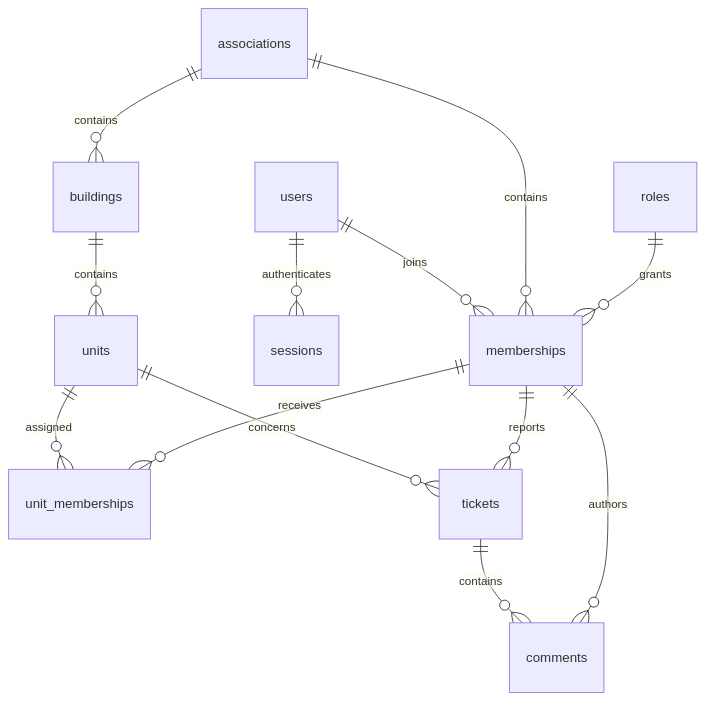
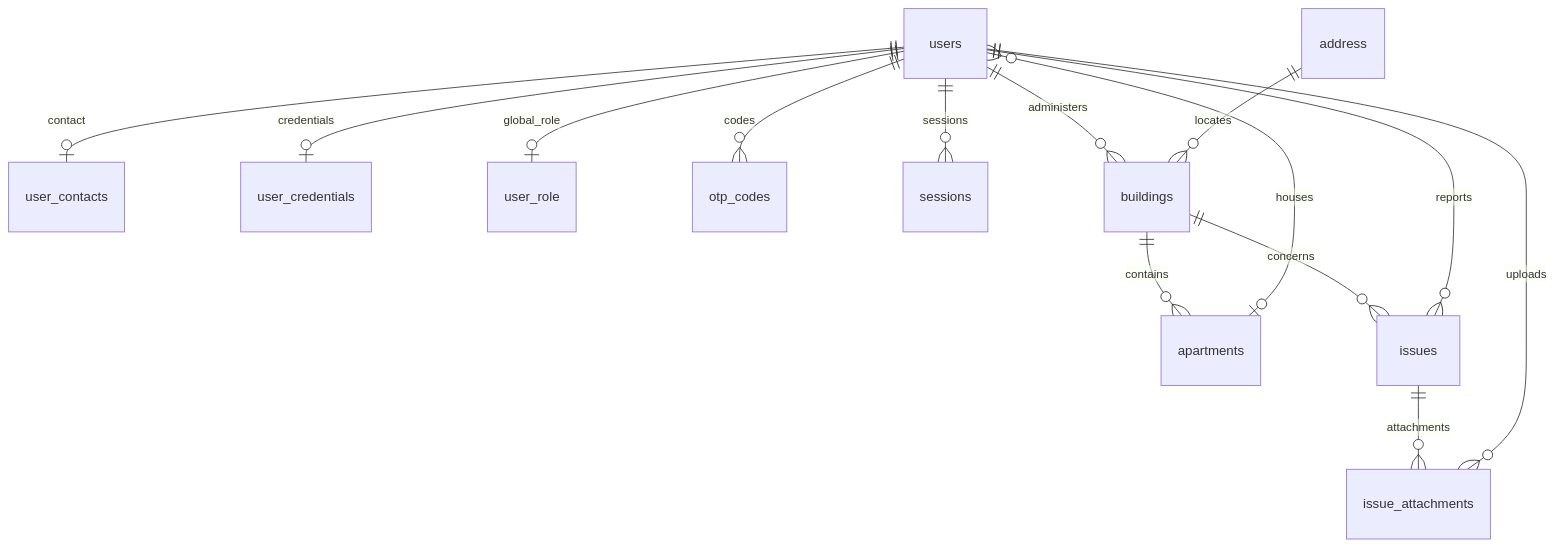
Before and after one commit to yoda-dinmd/Locatarius: the diagram in docs/data-model.md, drawn with Mermaid. The commit also changed other lines of this file and 3 other files, not shown here.

Commit message:
docs(db): align database reference and record schema verification #89

````diff
--- a/docs/data-model.md
+++ b/docs/data-model.md
@@ -20,15 +31,16 @@
 ```mermaid
 erDiagram
-    users ||--o{ memberships : joins
-    associations ||--o{ memberships : contains
-    roles ||--o{ memberships : grants
-    users ||--o{ sessions : authenticates
-    associations ||--o{ buildings : contains
-    buildings ||--o{ units : contains
-    units ||--o{ unit_memberships : assigned
-    memberships ||--o{ unit_memberships : receives
-    units ||--o{ tickets : concerns
-    memberships ||--o{ tickets : reports
-    tickets ||--o{ comments : contains
-    memberships ||--o{ comments : authors
+    users ||--o| user_contacts : contact
+    users ||--o| user_credentials : credentials
+    users ||--o| user_role : global_role
+    users ||--o{ otp_codes : codes
+    users ||--o{ sessions : sessions
+    users ||--o{ buildings : administers
+    address ||--o{ buildings : locates
+    buildings ||--o{ apartments : contains
+    apartments o|--o{ users : houses
+    buildings ||--o{ issues : concerns
+    users ||--o{ issues : reports
+    issues ||--o{ issue_attachments : attachments
+    users ||--o{ issue_attachments : uploads
 ```
````
